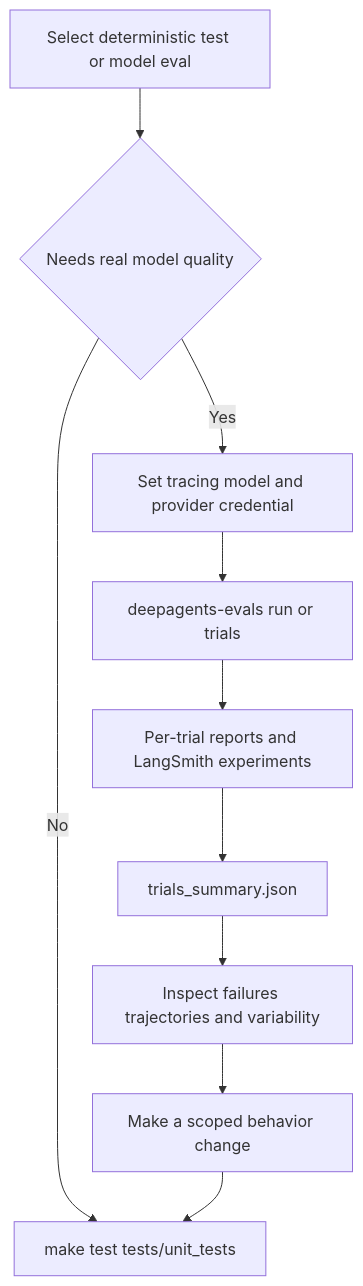
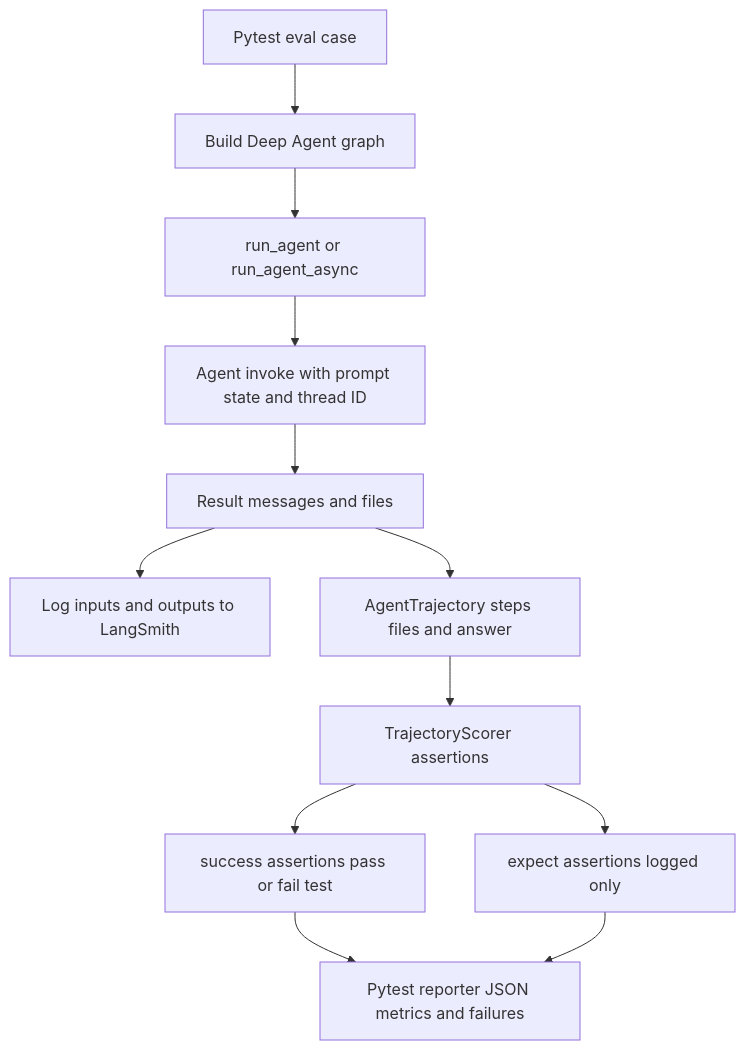
Before and after one commit to jkennedyvz/deepagents: the diagram in openwiki/workflows/run-evals.md, drawn with Mermaid. The commit also changed other lines of this file and 63 other files, not shown here.

````diff
--- a/openwiki/workflows/run-evals.md
+++ b/openwiki/workflows/run-evals.md
@@ -150,12 +82,14 @@
 ```mermaid
 flowchart TD
-    Select["Select deterministic test or model eval"] --> Offline{"Needs real model quality"}
-    Offline -->|"No"| Unit["make test tests/unit_tests"]
-    Offline -->|"Yes"| Setup["Set tracing model and provider credential"]
-    Setup --> Run["deepagents-evals run or trials"]
-    Run --> Reports["Per-trial reports and LangSmith experiments"]
-    Reports --> Aggregate["trials_summary.json"]
-    Aggregate --> Inspect["Inspect failures trajectories and variability"]
-    Inspect --> Change["Make a scoped behavior change"]
-    Change --> Unit
+    Case["Pytest eval case"] --> Build["Build Deep Agent graph"]
+    Build --> Invoke["run_agent or run_agent_async"]
+    Invoke --> Graph["Agent invoke with prompt state and thread ID"]
+    Graph --> Result["Result messages and files"]
+    Result --> Trace["Log inputs and outputs to LangSmith"]
+    Result --> Trajectory["AgentTrajectory steps files and answer"]
+    Trajectory --> Score["TrajectoryScorer assertions"]
+    Score --> Correct["success assertions pass or fail test"]
+    Score --> Efficient["expect assertions logged only"]
+    Correct --> Report["Pytest reporter JSON metrics and failures"]
+    Efficient --> Report
 ```
````
